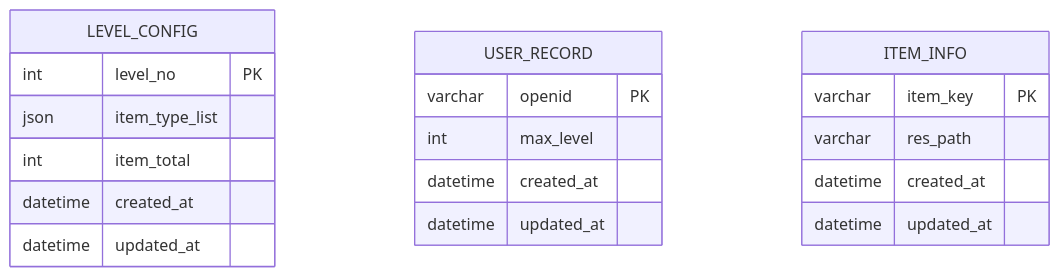
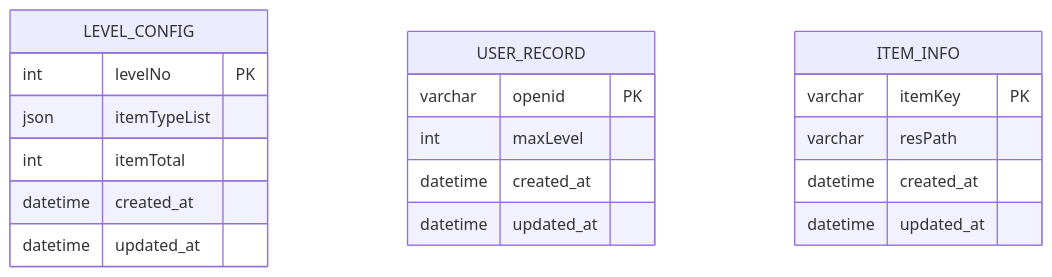
The fifth of 6 diagrams in .qoder/repowiki/zh/content/数据库设计.md (Yuan-wxy/catch-goose-crush), drawn with Mermaid before and after one commit. The commit also changed other lines of this file and 9999 other files, not shown here.

````diff
--- a/.qoder/repowiki/zh/content/数据库设计.md
+++ b/.qoder/repowiki/zh/content/数据库设计.md
@@ -339,22 +338,22 @@
 ```mermaid
 erDiagram
 LEVEL_CONFIG {
-int level_no PK
-json item_type_list
-int item_total
+int levelNo PK
+json itemTypeList
+int itemTotal
 datetime created_at
 datetime updated_at
 }
 USER_RECORD {
 varchar openid PK
-int max_level
+int maxLevel
 datetime created_at
 datetime updated_at
 }
 ITEM_INFO {
-varchar item_key PK
-varchar res_path
+varchar itemKey PK
+varchar resPath
 datetime created_at
 datetime updated_at
 }
 ```
````
